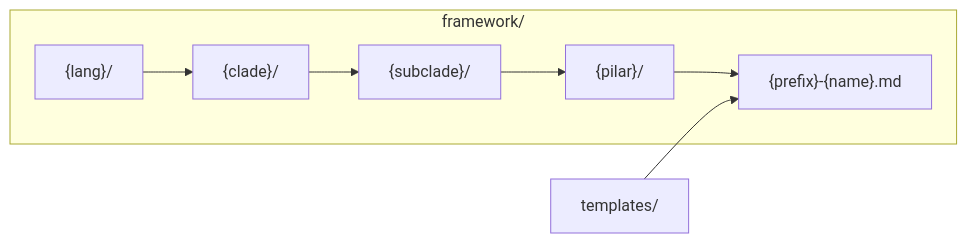
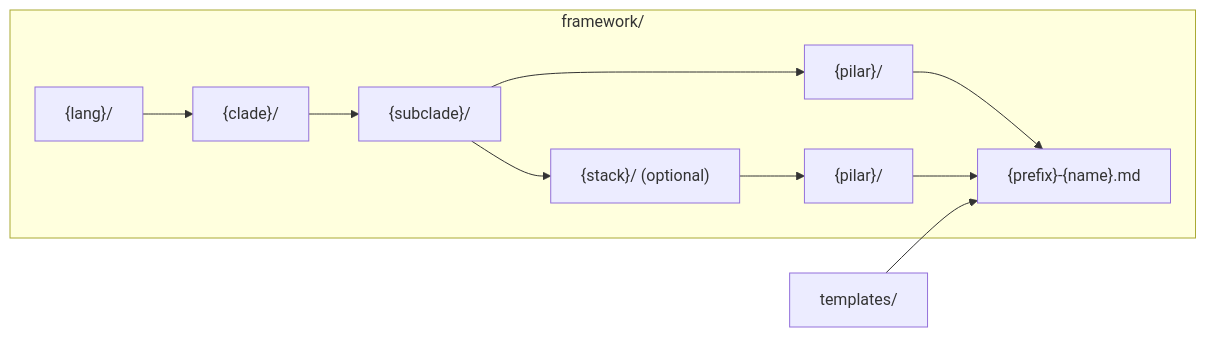
Before and after one commit to guardiatechnology/ahrena: the third of 3 diagrams in framework/en/README.md, drawn with Mermaid. The commit also changed other lines of this file and 213 other files, not shown here.

````diff
--- a/framework/en/README.md
+++ b/framework/en/README.md
@@ -87,12 +90,15 @@
 ```mermaid
 flowchart LR
   subgraph framework["framework/"]
     lang["{lang}/"]
     lang --> clade["{clade}/"]
     clade --> sub["{subclade}/"]
     sub --> pilar["{pilar}/"]
+    sub --> stack["{stack}/ (optional)"]
+    stack --> stackPilar["{pilar}/"]
     pilar --> artefato["{prefix}-{name}.md"]
+    stackPilar --> artefato
   end
   templates["templates/"]
   templates --> artefato
 ```
````
